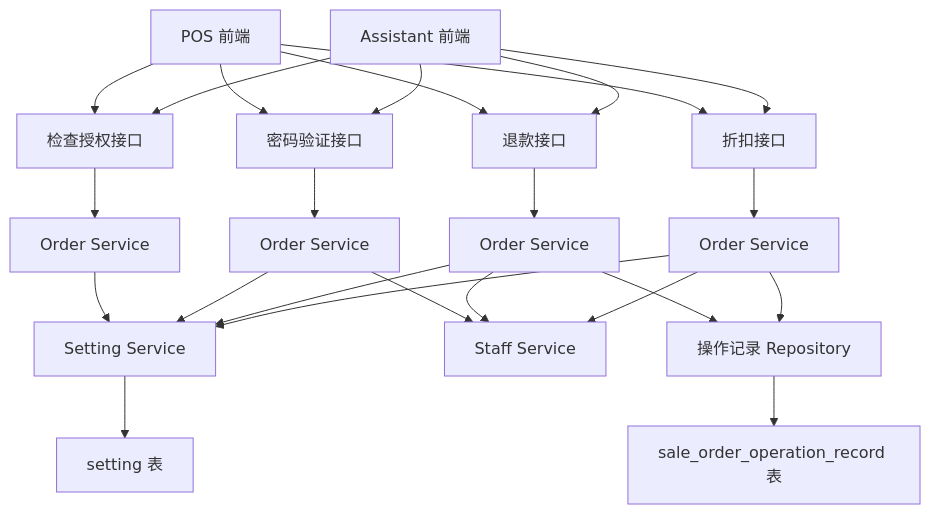
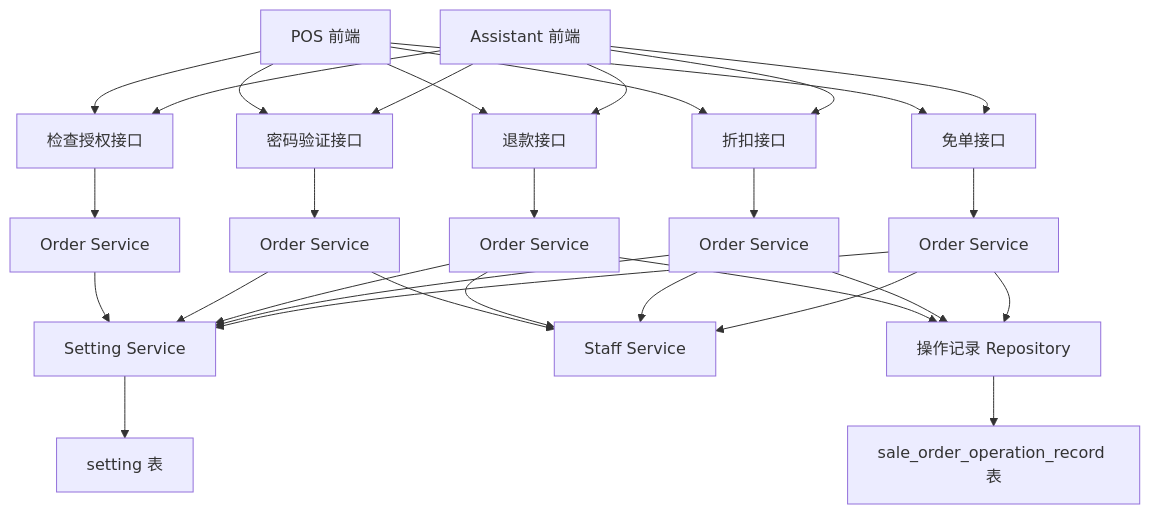
One commit to hitosea/ttpos-server-go changed the diagram in docs/shared/specs/active/story-pos-sensitive-operation-settings/design.md. Above: the diagram before and after it, drawn with Mermaid. The commit also changed other lines of this file and 4 other files, not shown here.

````diff
--- a/docs/shared/specs/active/story-pos-sensitive-operation-settings/design.md
+++ b/docs/shared/specs/active/story-pos-sensitive-operation-settings/design.md
@@ -86,29 +93,36 @@
 ```mermaid
 graph TD
     A1[POS 前端] --> B1[检查授权接口]
     A2[Assistant 前端] --> B1
     B1 --> C1[Order Service]
     C1 --> D1[Setting Service]
     D1 --> E[setting 表]
     
     A1 --> B2[密码验证接口]
     A2 --> B2
     B2 --> C2[Order Service]
     C2 --> D2[Staff Service]
     C2 --> D1
     
     A1 --> B3[退款接口]
     A2 --> B3
     B3 --> C3[Order Service]
     C3 --> D1
     C3 --> D2
     C3 --> F[操作记录 Repository]
     F --> G[sale_order_operation_record 表]
     
     A1 --> B4[折扣接口]
     A2 --> B4
     B4 --> C4[Order Service]
     C4 --> D1
     C4 --> D2
     C4 --> F
+    
+    A1 --> B5[免单接口]
+    A2 --> B5
+    B5 --> C5[Order Service]
+    C5 --> D1
+    C5 --> D2
+    C5 --> F
 ```
````
